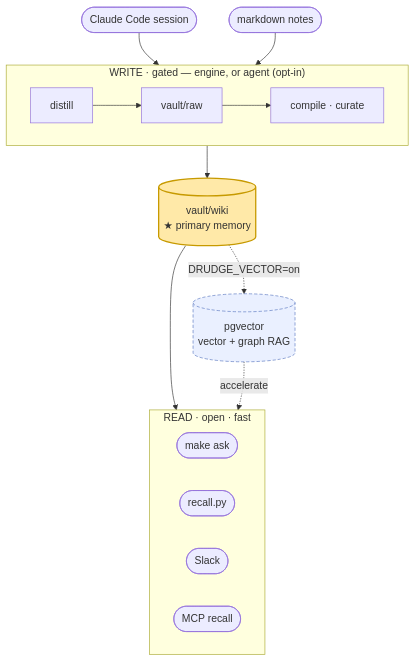
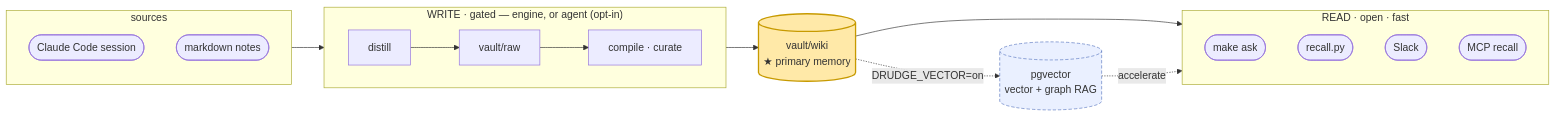
Before and after one commit to jazz1x/ohmyboring: the first of 2 diagrams in README.md, drawn with Mermaid. The commit also changed 2 other files, not shown here.

Commit message:
docs: architecture diagram back to LR flow (canonical for a pipeline) (#27)
A data-flow/pipeline reads left→right (input→output) — the canonical README
orientation; TB suited hierarchies, not flows. Keep both axes by stacking the
sources and read-consumers vertically (TB subgraphs) along an LR main spine
(sources → WRITE → vault/wiki hub → READ), so it's neither a cramped single row
nor an over-tall column. Shapes/classDef unchanged. All 3 READMEs.

````diff
--- a/README.md
+++ b/README.md
@@ -15,24 +15,27 @@
 ```mermaid
-flowchart TB
-  CC(["Claude Code session"]) --> D
-  NT(["markdown notes"]) --> D
+flowchart LR
+  subgraph SRC ["sources"]
+    direction TB
+    CC(["Claude Code session"])
+    NT(["markdown notes"])
+  end
   subgraph WRITE ["WRITE · gated — engine, or agent (opt-in)"]
     direction LR
     D["distill"] --> RAW["vault/raw"] --> CP["compile · curate"]
   end
-  CP --> WIKI[("vault/wiki<br/>★ primary memory")]
-  WIKI --> RD
+  WIKI[("vault/wiki<br/>★ primary memory")]
   subgraph RD ["READ · open · fast"]
-    direction LR
+    direction TB
     ASK(["make ask"])
     REC(["recall.py"])
     SLK(["Slack"])
     MCP(["MCP recall"])
   end
+  SRC --> WRITE --> WIKI --> RD
   WIKI -. "DRUDGE_VECTOR=on" .-> PG[("pgvector<br/>vector + graph RAG")]
   PG -. accelerate .-> RD
   classDef hub fill:#ffe9a8,stroke:#c79a00,stroke-width:2px;
   classDef opt fill:#eaf0ff,stroke:#5a78c0,stroke-dasharray:5 3;
   class WIKI hub;
   class PG opt;
 ```
````
